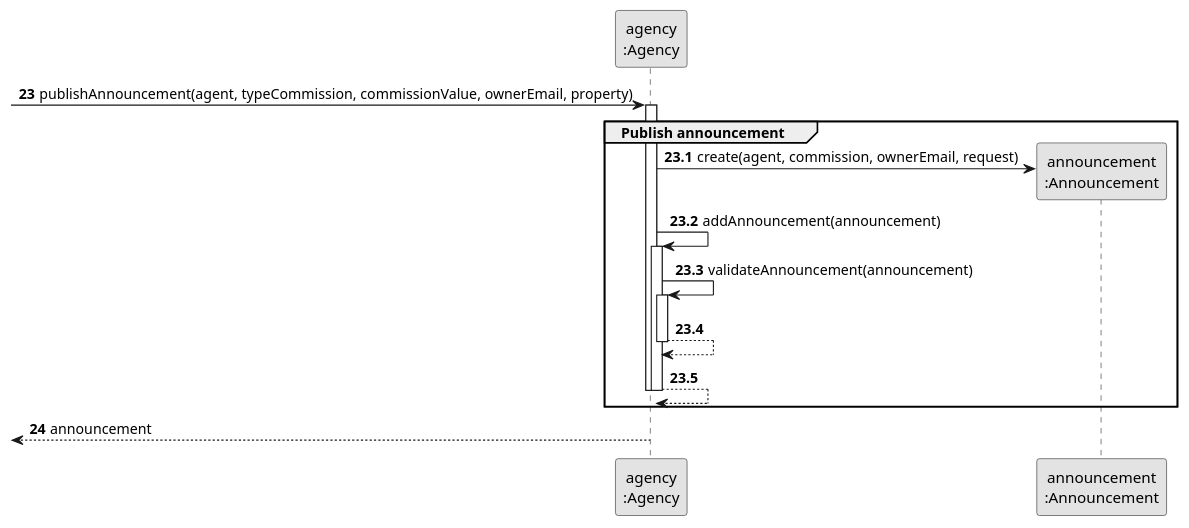
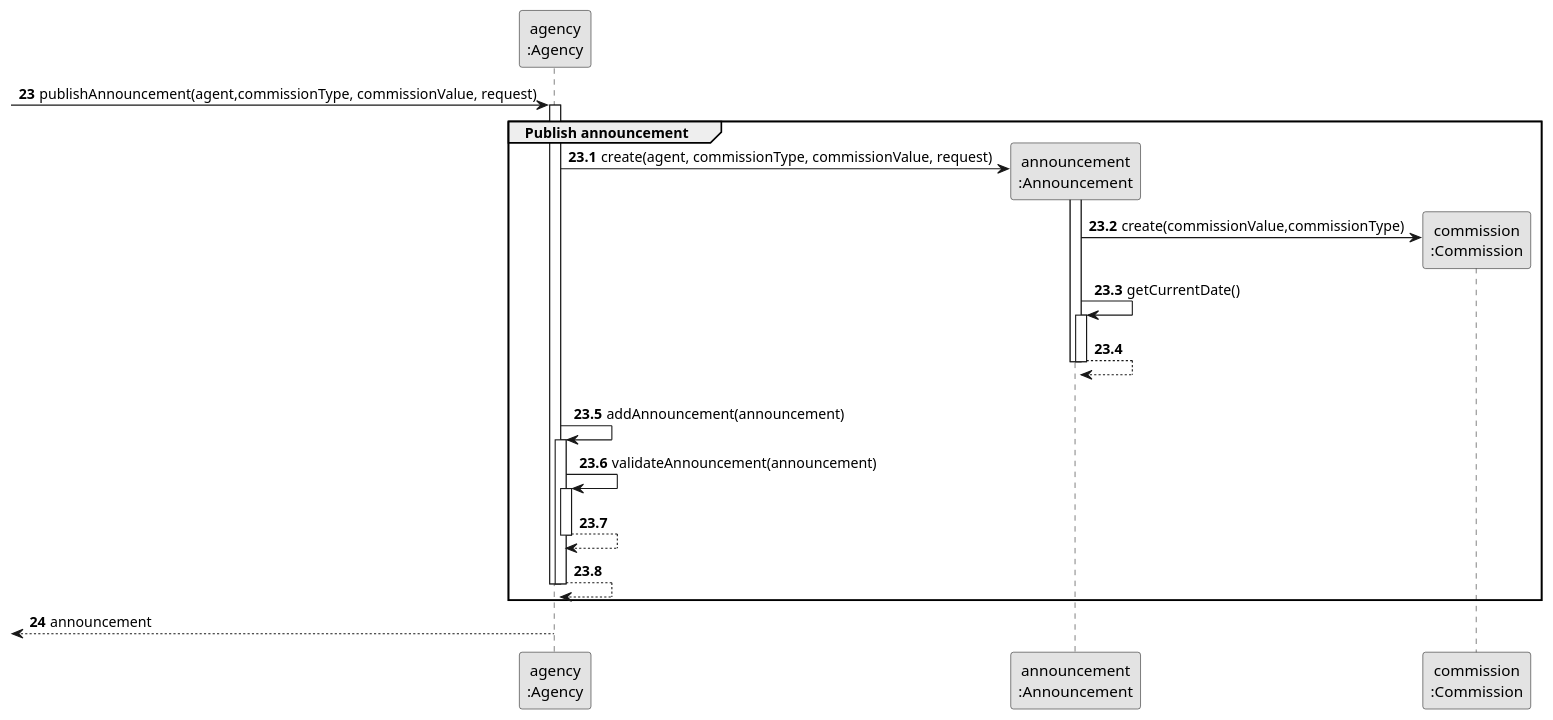
Before and after one commit to rita-barbosa/LAPR2-2223: the diagram in docs/sprintB/us002/03.design/puml/us002-sequence-diagram-partial-publish-announcement.puml, drawn with PlantUML. The commit also changed 7 other files, not shown here.

Commit message:
Update of sequence diagram [US002][Design]

```diff
--- a/docs/sprintB/us002/03.design/puml/us002-sequence-diagram-partial-publish-announcement.puml
+++ b/docs/sprintB/us002/03.design/puml/us002-sequence-diagram-partial-publish-announcement.puml
@@ -1,40 +1,52 @@
 @startuml
 skinparam monochrome true
 skinparam packageStyle rectangle
 skinparam shadowing false\
 
 
 participant "agency\n:Agency" as AGENCY
 participant "announcement\n:Announcement" as AD
-
+participant "commission\n:Commission" as COMMISSION
 
 autonumber 23
 
-             -> AGENCY : publishAnnouncement(agent, typeCommission, commissionValue, ownerEmail, property)
+             -> AGENCY : publishAnnouncement(agent,commissionType, commissionValue, request)
              activate AGENCY
 
 autonumber 23.1
 
     group Publish announcement
 
 
-                AGENCY -> AD**: create(agent, commission, ownerEmail, request)
+                AGENCY -> AD**: create(agent, commissionType, commissionValue, request)
+                activate AD
+
+                AD -> COMMISSION** : create(commissionValue,commissionType)
+
+                AD -> AD : getCurrentDate()
+                activate AD
+                AD --> AD :
+               deactivate AD
+                |||
+                deactivate AD
+
                 AGENCY -> AGENCY: addAnnouncement(announcement)
 
                 activate AGENCY
                     AGENCY -> AGENCY: validateAnnouncement(announcement)
                     activate AGENCY
                         AGENCY --> AGENCY
                     deactivate AGENCY
 
                     AGENCY --> AGENCY
+
                 deactivate AGENCY
 
-            deactivate AGENCY
+            deactivate  AGENCY
     end
 
 autonumber 24
 
     <-- AGENCY : announcement
 
 @enduml
```
